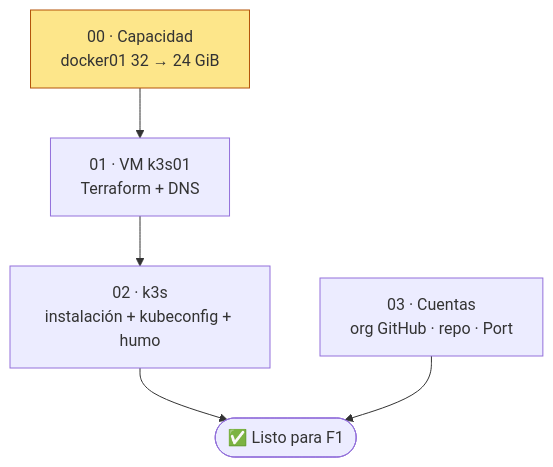
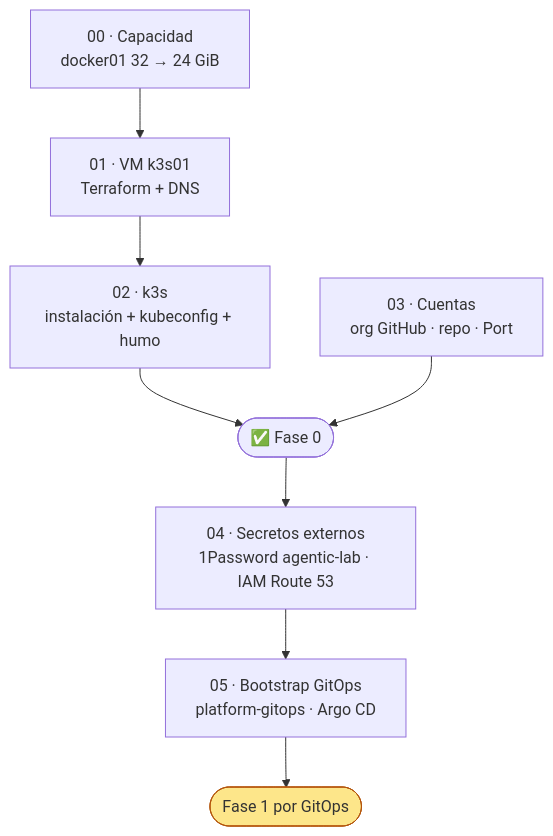
One commit to elpalmeral-org/agentic-platform-lab changed the diagram in docs/setup/README.md. Above: the diagram before and after it, drawn with Mermaid. The commit also changed other lines of this file and 6 other files, not shown here.

Commit message:
docs(f1): ADR 0010, ingress y TLS, roadmap actualizado

````diff
--- a/docs/setup/README.md
+++ b/docs/setup/README.md
@@ -8,10 +8,13 @@
 ```mermaid
 flowchart TD
     P00["00 · Capacidad<br/>docker01 32 → 24 GiB"]
     P01["01 · VM k3s01<br/>Terraform + DNS"]
     P02["02 · k3s<br/>instalación + kubeconfig + humo"]
     P03["03 · Cuentas<br/>org GitHub · repo · Port"]
-    P00 --> P01 --> P02 --> FIN(["✅ Listo para F1"])
-    P03 --> FIN
-    style P00 fill:#fde68a,stroke:#b45309
+    P04["04 · Secretos externos<br/>1Password agentic-lab · IAM Route 53"]
+    P05["05 · Bootstrap GitOps<br/>platform-gitops · Argo CD"]
+    P00 --> P01 --> P02 --> F0(["✅ Fase 0"])
+    P03 --> F0
+    F0 --> P04 --> P05 --> F1(["Fase 1 por GitOps"])
+    style F1 fill:#fde68a,stroke:#b45309
 ```
````
